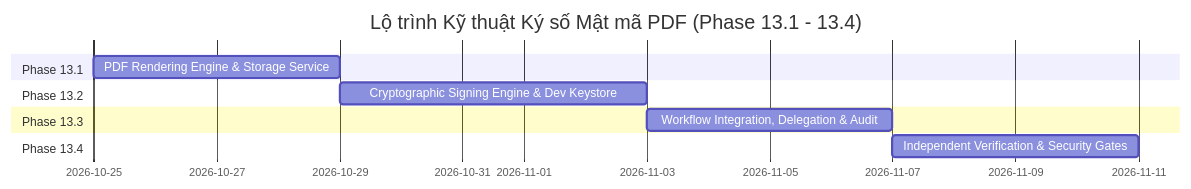
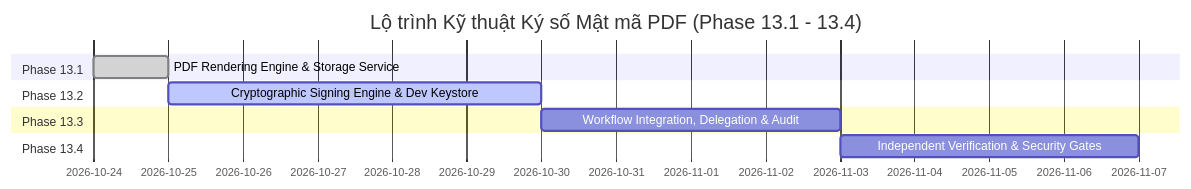
Before and after one commit to ngoctruonggiang/Trinh-ky-online: the diagram in docs/architecture/DIGITAL_SIGNING_IMPLEMENTATION_PLAN.md, drawn with Mermaid. The commit also changed other lines of this file and 23 other files, not shown here.

````diff
--- a/docs/architecture/DIGITAL_SIGNING_IMPLEMENTATION_PLAN.md
+++ b/docs/architecture/DIGITAL_SIGNING_IMPLEMENTATION_PLAN.md
@@ -10,13 +10,13 @@
 ```mermaid
 gantt
     title Lộ trình Kỹ thuật Ký số Mật mã PDF (Phase 13.1 - 13.4)
     dateFormat  YYYY-MM-DD
     section Phase 13.1
-    PDF Rendering Engine & Storage Service        :p131, 2026-10-25, 4d
+    PDF Rendering Engine & Storage Service        :done, p131, 2026-10-24, 1d
     section Phase 13.2
-    Cryptographic Signing Engine & Dev Keystore  :p132, after p131, 5d
+    Cryptographic Signing Engine & Dev Keystore  :active, p132, 2026-10-25, 5d
     section Phase 13.3
     Workflow Integration, Delegation & Audit     :p133, after p132, 4d
     section Phase 13.4
     Independent Verification & Security Gates    :p134, after p133, 4d
 ```
````
